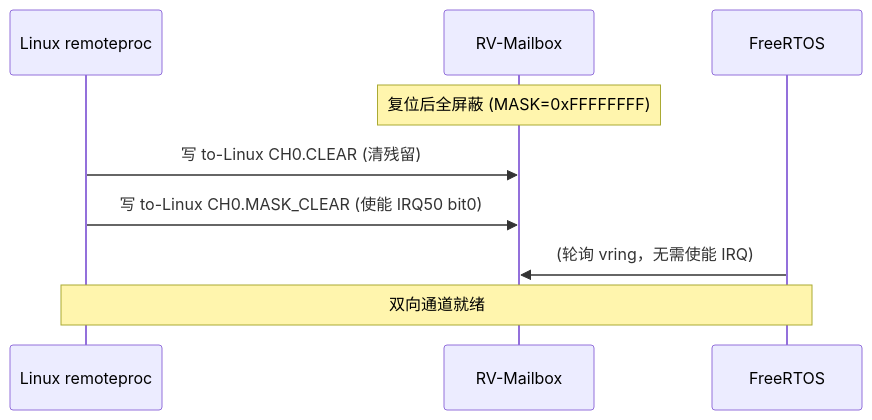
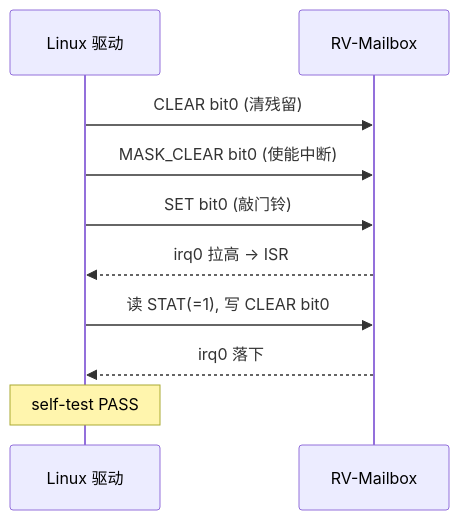
One commit to zhouzhou-code/quard_star changed the first of 2 diagrams in docs/RV-Mailbox-V1.0-软件设计说明书.md. Above: the diagram before and after it, drawn with Mermaid. The commit also changed other lines of this file and 11 other files, not shown here.

````diff
--- a/docs/RV-Mailbox-V1.0-软件设计说明书.md
+++ b/docs/RV-Mailbox-V1.0-软件设计说明书.md
@@ -276,11 +196,12 @@
 ```mermaid
 sequenceDiagram
-    participant L as Linux remoteproc
+    participant D as Linux 驱动
     participant M as RV-Mailbox
-    participant F as FreeRTOS
-    Note over M: 复位后全屏蔽 (MASK=0xFFFFFFFF)
-    L->>M: 写 to-Linux CH0.CLEAR (清残留)
-    L->>M: 写 to-Linux CH0.MASK_CLEAR (使能 IRQ50 bit0)
-    F->>M: (轮询 vring，无需使能 IRQ)
-    Note over L,F: 双向通道就绪
+    D->>M: CLEAR bit0 (清残留)
+    D->>M: MASK_CLEAR bit0 (使能中断)
+    D->>M: SET bit0 (敲门铃)
+    M-->>D: irq0 拉高 → ISR
+    D->>M: 读 STAT(=1), 写 CLEAR bit0
+    M-->>D: irq0 落下
+    Note over D: self-test PASS
 ```
````
